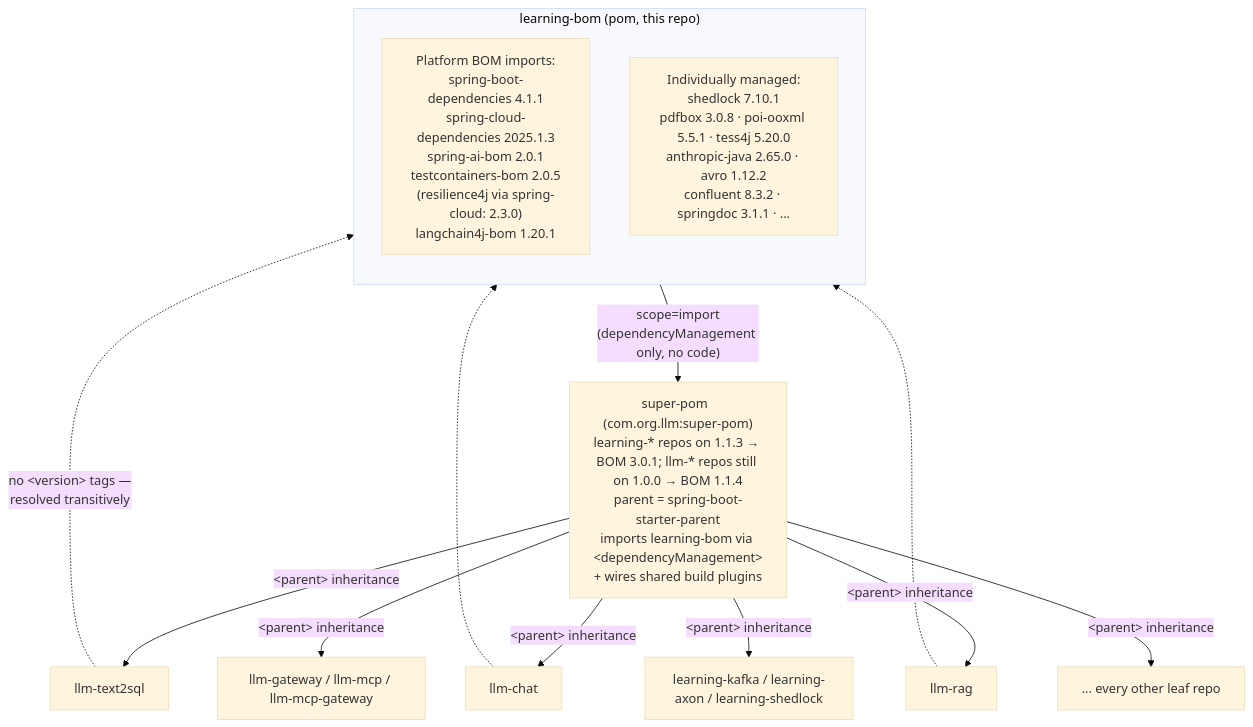
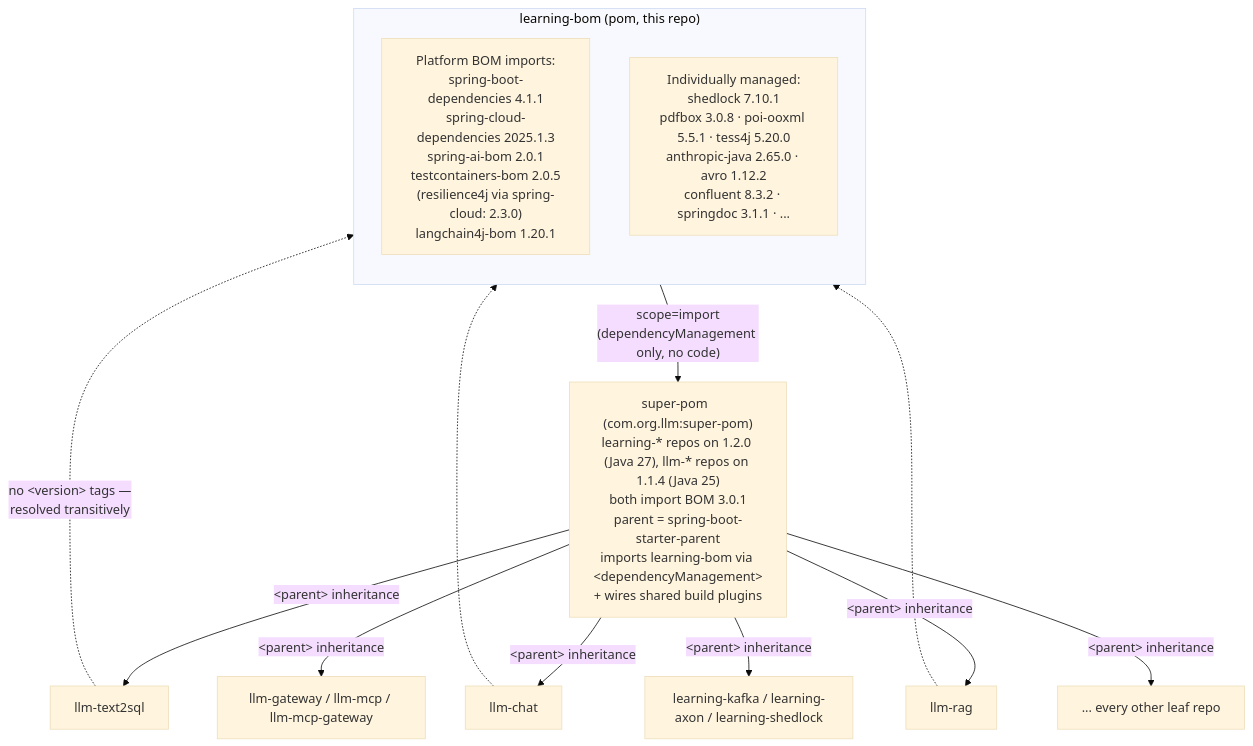
One commit to himnay/learning-bom changed the first of 2 diagrams in README.md. Above: the diagram before and after it, drawn with Mermaid (base theme). The commit also changed other lines of this file, not shown here.

````diff
--- a/README.md
+++ b/README.md
@@ -313,23 +267,23 @@
 ```mermaid
 flowchart TD
     subgraph BOM["learning-bom  (pom, this repo)"]
         direction TB
         A1["Platform BOM imports:<br/>spring-boot-dependencies 4.1.1<br/>spring-cloud-dependencies 2025.1.3<br/>spring-ai-bom 2.0.1<br/>testcontainers-bom 2.0.5<br/>(resilience4j via spring-cloud: 2.3.0)<br/>langchain4j-bom 1.20.1"]
         A2["Individually managed:<br/>shedlock 7.10.1<br/>pdfbox 3.0.8 · poi-ooxml 5.5.1 · tess4j 5.20.0<br/>anthropic-java 2.65.0 · avro 1.12.2<br/>confluent 8.3.2 · springdoc 3.1.1 · ..."]
     end
 
-    SP["super-pom  (com.org.llm:super-pom)<br/>learning-* repos on 1.1.3 → BOM 3.0.1; llm-* repos still on 1.0.0 → BOM 1.1.4<br/>parent = spring-boot-starter-parent<br/>imports learning-bom via &lt;dependencyManagement&gt;<br/>+ wires shared build plugins"]
+    SP["super-pom  (com.org.llm:super-pom)<br/>learning-* repos on 1.2.0 (Java 27), llm-* repos on 1.1.4 (Java 25)<br/>both import BOM 3.0.1<br/>parent = spring-boot-starter-parent<br/>imports learning-bom via &lt;dependencyManagement&gt;<br/>+ wires shared build plugins"]
 
     BOM -- "scope=import<br/>(dependencyManagement only, no code)" --> SP
 
     SP -- "&lt;parent&gt; inheritance" --> L1["llm-text2sql"]
     SP -- "&lt;parent&gt; inheritance" --> L2["llm-chat"]
     SP -- "&lt;parent&gt; inheritance" --> L3["llm-rag"]
     SP -- "&lt;parent&gt; inheritance" --> L4["llm-gateway / llm-mcp / llm-mcp-gateway"]
     SP -- "&lt;parent&gt; inheritance" --> L5["learning-kafka / learning-axon / learning-shedlock"]
     SP -- "&lt;parent&gt; inheritance" --> L6["... every other leaf repo"]
 
     L1 -.->|"no &lt;version&gt; tags —<br/>resolved transitively"| BOM
     L2 -.-> BOM
     L3 -.-> BOM
 ```
````
